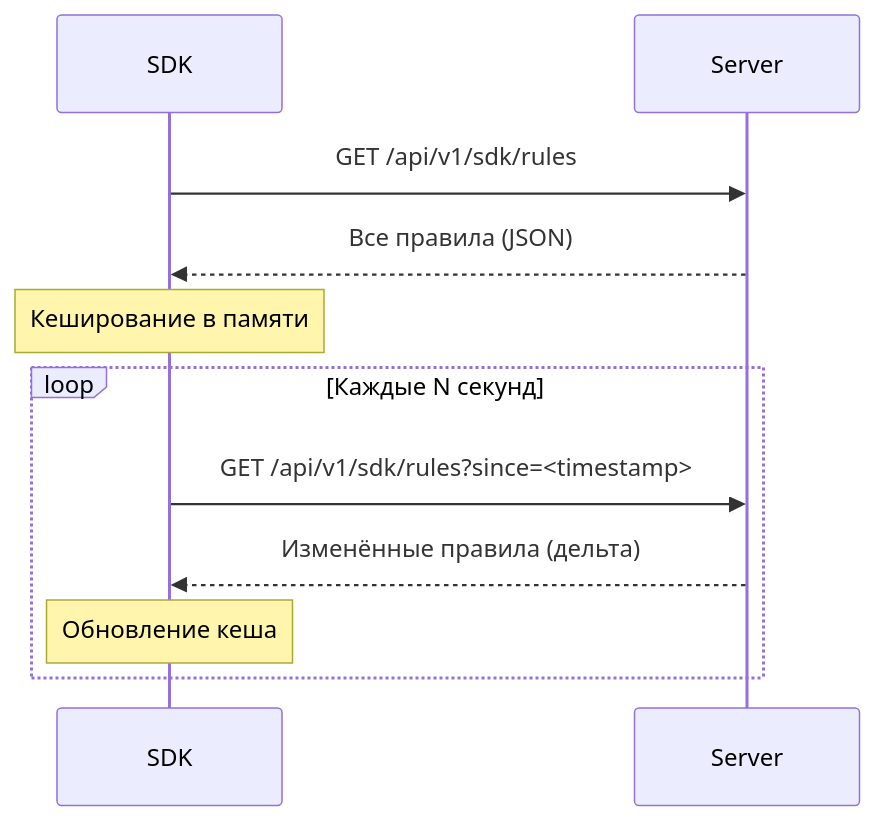
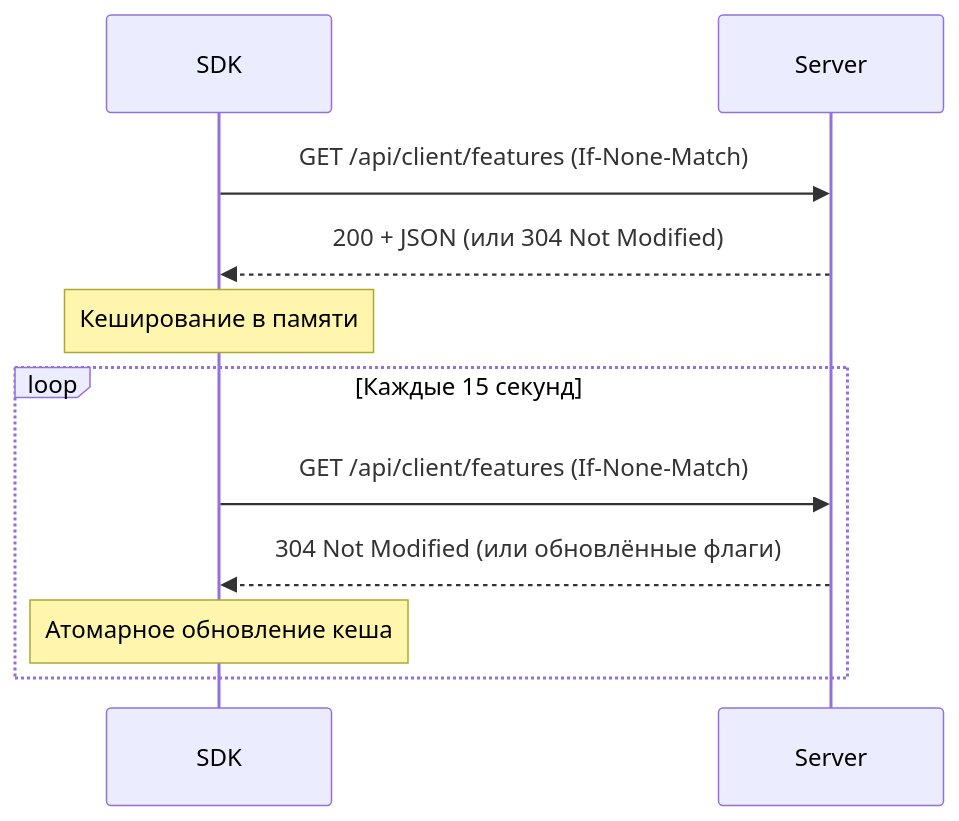
One commit to edgar-dev20/mozhno changed the second of 2 diagrams in docs/sdk/overview.md. Above: the diagram before and after it, drawn with Mermaid. The commit also changed other lines of this file and 67 other files, not shown here.

First line of the commit message:
fix: remove fictional features from docs, rename docker org, fix JS SDK metrics bug, fix integrations page

````diff
--- a/docs/sdk/overview.md
+++ b/docs/sdk/overview.md
@@ -50,15 +80,15 @@
 ```mermaid
 sequenceDiagram
     participant SDK
     participant Server
 
-    SDK->>Server: GET /api/v1/sdk/rules
-    Server-->>SDK: Все правила (JSON)
+    SDK->>Server: GET /api/client/features (If-None-Match)
+    Server-->>SDK: 200 + JSON (или 304 Not Modified)
     Note over SDK: Кеширование в памяти
 
-    loop Каждые N секунд
-        SDK->>Server: GET /api/v1/sdk/rules?since=<timestamp>
-        Server-->>SDK: Изменённые правила (дельта)
-        Note over SDK: Обновление кеша
+    loop Каждые 15 секунд
+        SDK->>Server: GET /api/client/features (If-None-Match)
+        Server-->>SDK: 304 Not Modified (или обновлённые флаги)
+        Note over SDK: Атомарное обновление кеша
     end
 ```
````
